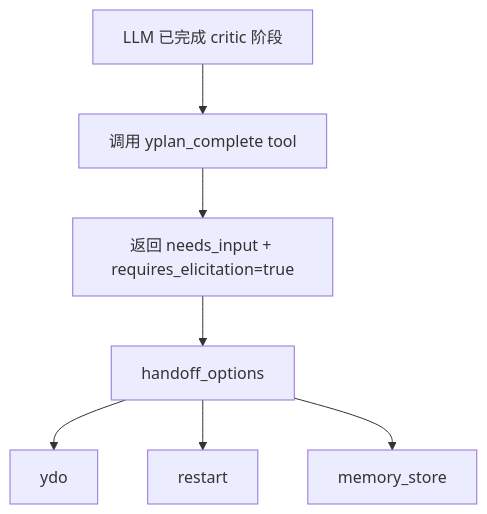
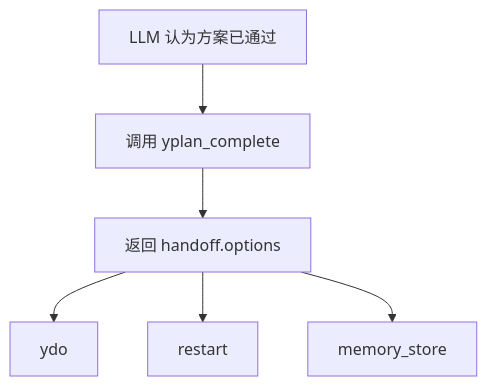
Before and after one commit to CodeyLife/Ymcp: the fourth of 5 diagrams in docs/current-workflow-flowcharts.md, drawn with Mermaid. The commit also changed other lines of this file and 30 other files, not shown here.

````diff
--- a/docs/current-workflow-flowcharts.md
+++ b/docs/current-workflow-flowcharts.md
@@ -147,9 +78,8 @@
 ```mermaid
 flowchart TD
-    A[LLM 已完成 critic 阶段] --> B[调用 yplan_complete tool]
-    B --> C[返回 needs_input + requires_elicitation=true]
-    C --> D[handoff_options]
-    D --> E[ydo]
-    D --> F[restart]
-    D --> G[memory_store]
+    A[LLM 认为方案已通过] --> B[调用 yplan_complete]
+    B --> C[返回 handoff.options]
+    C --> D[ydo]
+    C --> E[restart]
+    C --> F[memory_store]
 ```
````
